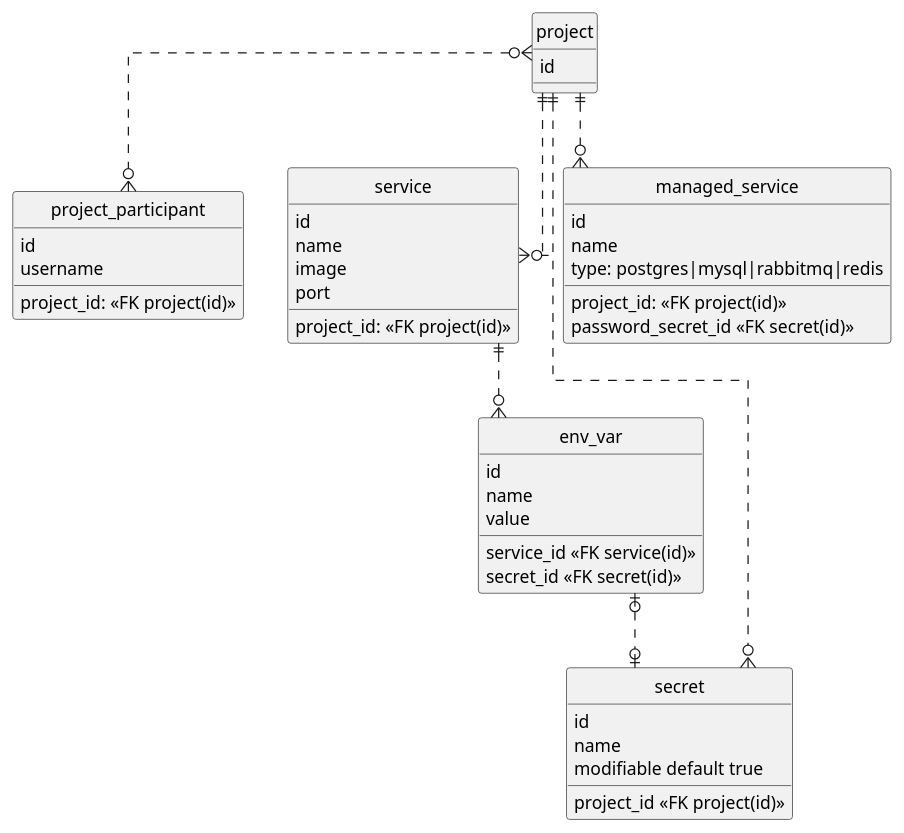
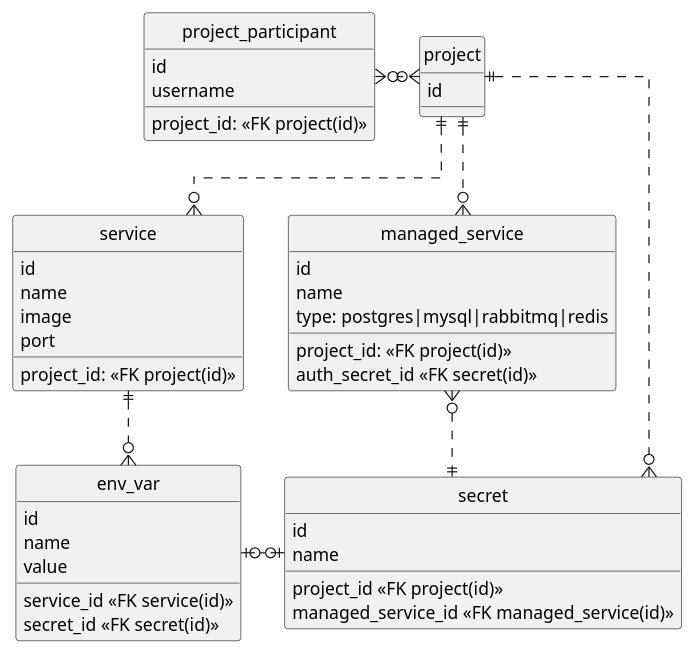
One commit to kuzznya/letsdeploy changed the diagram in docs/db.md. Above: the diagram before and after it, drawn with PlantUML. The commit also changed 23 other files, not shown here.

````diff
--- a/docs/db.md
+++ b/docs/db.md
@@ -3,58 +3,59 @@
 ```plantuml
 @startuml
 ' hide the spot
 hide circle
 
 ' avoid problems with angled crows feet
 skinparam linetype ortho
 
 entity project {
   id
 }
 
 entity project_participant {
   id 
   project_id: <<FK project(id)>>
   username
 }
 
 entity service {
   id
   project_id: <<FK project(id)>>
   name
   image
   port
 }
 
 entity managed_service {
   id
   project_id: <<FK project(id)>>
   name
   type: postgres|mysql|rabbitmq|redis
-  password_secret_id <<FK secret(id)>>
+  auth_secret_id <<FK secret(id)>>
 }
 
 entity env_var {
   id
   service_id <<FK service(id)>>
   name
   value
   secret_id <<FK secret(id)>>
 }
 
 entity secret {
   id
   project_id <<FK project(id)>>
   name
-  modifiable default true
+  managed_service_id <<FK managed_service(id)>>
 }
 
-project }o..o{ project_participant
+project }o.left.o{ project_participant
 project ||..o{ service
+project ||..o{ managed_service
 service ||..o{ env_var
-env_var |o..o| secret
-project ||..o{ managed_service
+env_var |o.right.o| secret
 project ||..o{ secret
+secret ||.up.o{ managed_service
 
 @enduml
 ```
````
